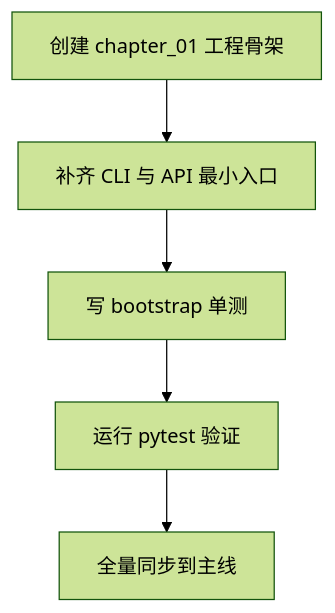
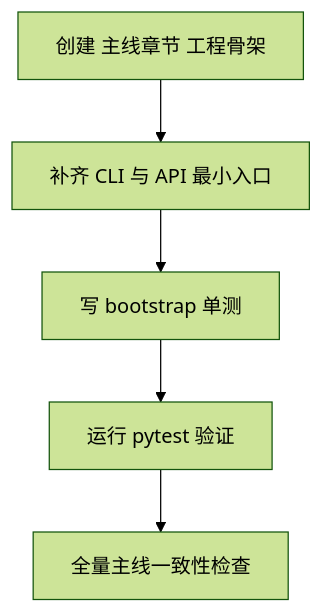
The diagram in docs/tutorials/01-从0到1工业级Agent框架打造-第一章-为什么你总是做不出可上线的Agent.md (869413421/build_agent), drawn with Mermaid (forest theme) before and after one commit. The commit also changed other lines of this file and 70 other files, not shown here.

````diff
--- a/docs/tutorials/01-从0到1工业级Agent框架打造-第一章-为什么你总是做不出可上线的Agent.md
+++ b/docs/tutorials/01-从0到1工业级Agent框架打造-第一章-为什么你总是做不出可上线的Agent.md
@@ -43,7 +42,7 @@
 ```mermaid
 flowchart TD
-  A[创建 chapter_01 工程骨架] --> B[补齐 CLI 与 API 最小入口]
+  A[创建 主线章节 工程骨架] --> B[补齐 CLI 与 API 最小入口]
   B --> C[写 bootstrap 单测]
   C --> D[运行 pytest 验证]
-  D --> E[全量同步到主线]
+  D --> E[全量主线一致性检查]
 ```
````
